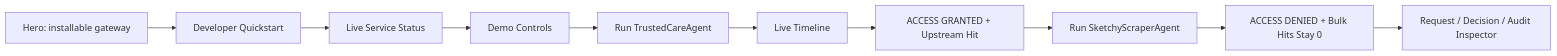
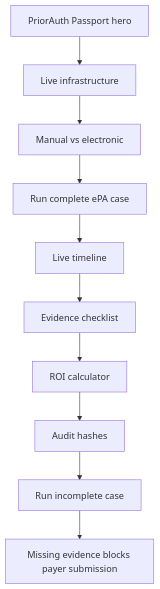
One commit to roshaninfordham/healthagentpassport changed the diagram in docs/demo-guide.md. Above: the diagram before and after it, drawn with Mermaid. The commit also changed other lines of this file and 137 other files, not shown here.

Commit message:
Transform product into PriorAuth Passport

````diff
--- a/docs/demo-guide.md
+++ b/docs/demo-guide.md
@@ -16,12 +14,12 @@
 ```mermaid
-flowchart LR
-  Hero[Hero: installable gateway] --> Quickstart[Developer Quickstart]
-  Quickstart --> Status[Live Service Status]
-  Status --> Controls[Demo Controls]
-  Controls --> Trusted[Run TrustedCareAgent]
-  Trusted --> Timeline[Live Timeline]
-  Timeline --> Granted[ACCESS GRANTED + Upstream Hit]
-  Granted --> Sketchy[Run SketchyScraperAgent]
-  Sketchy --> Denied[ACCESS DENIED + Bulk Hits Stay 0]
-  Denied --> Inspector[Request / Decision / Audit Inspector]
+flowchart TD
+  Hero[PriorAuth Passport hero] --> Infra[Live infrastructure]
+  Infra --> Compare[Manual vs electronic]
+  Compare --> Complete[Run complete ePA case]
+  Complete --> Timeline[Live timeline]
+  Timeline --> Evidence[Evidence checklist]
+  Evidence --> Roi[ROI calculator]
+  Roi --> Audit[Audit hashes]
+  Audit --> Incomplete[Run incomplete case]
+  Incomplete --> Guardrail[Missing evidence blocks payer submission]
 ```
````
